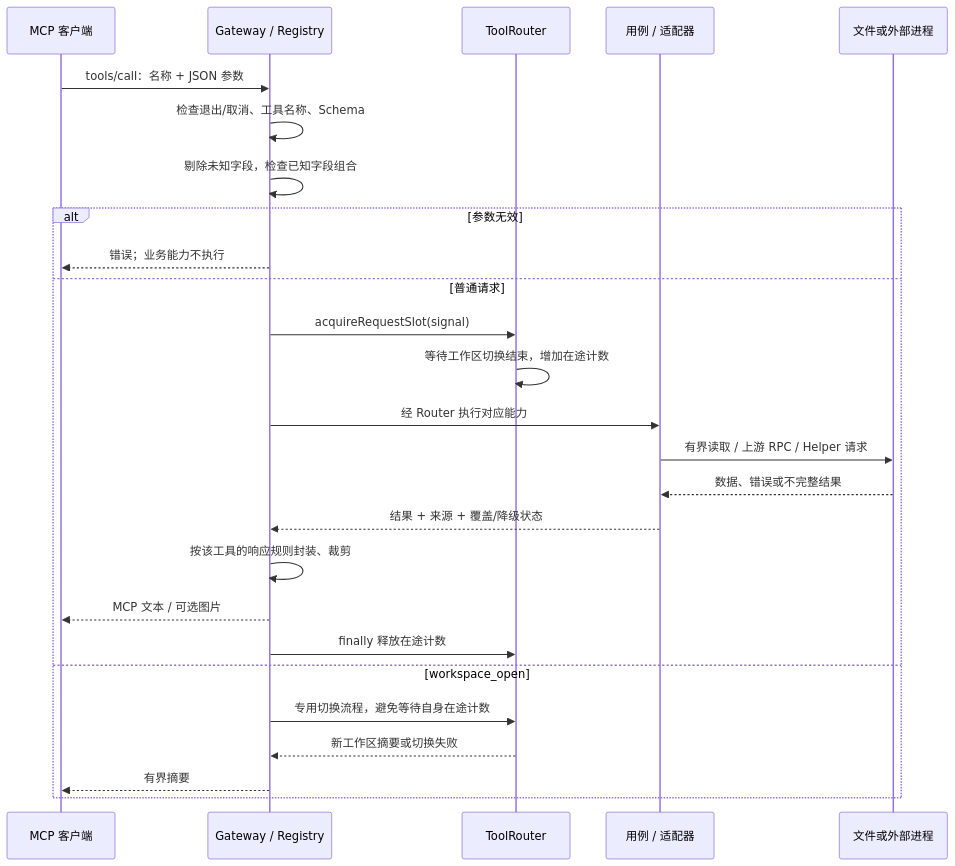
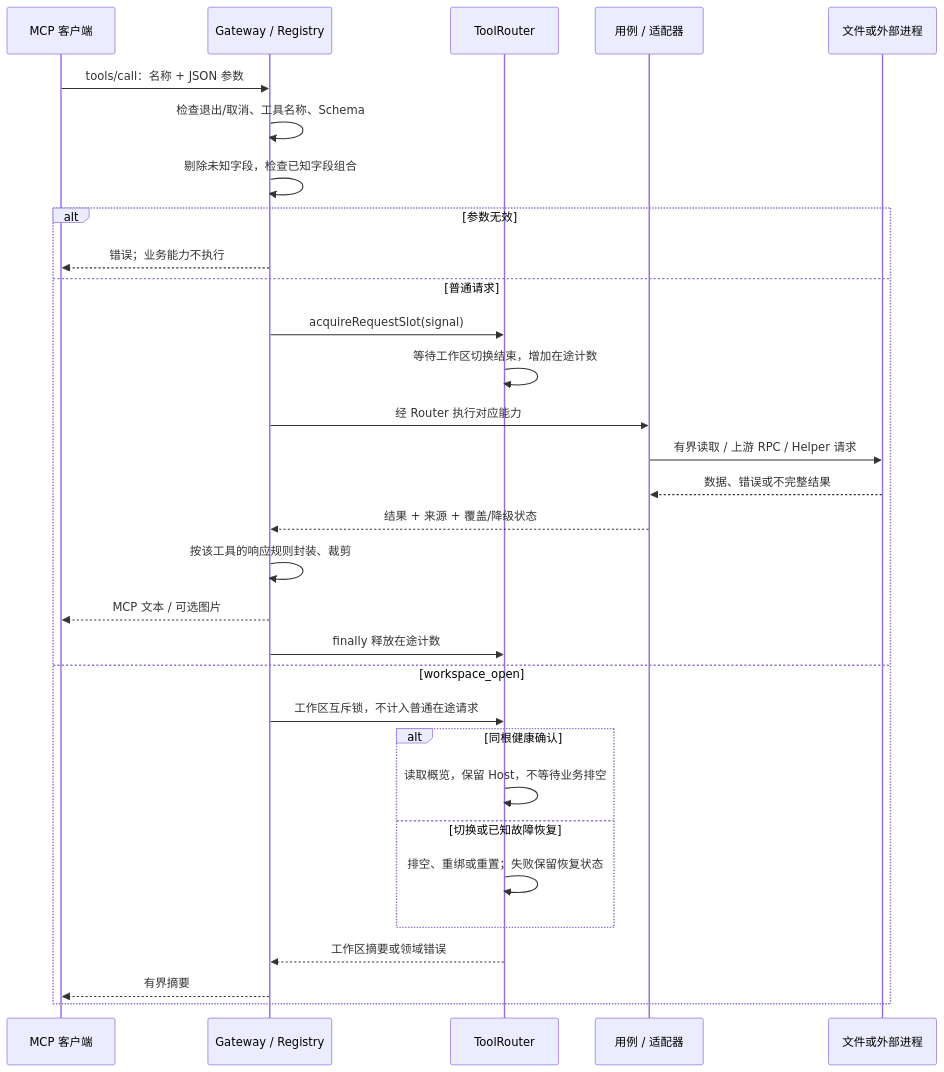
One commit to linnnn89/WinCode changed the second of 5 diagrams in WinCode-架构与数据流说明.md. Above: the diagram before and after it, drawn with Mermaid. The commit also changed other lines of this file and 33 other files, not shown here.

````diff
--- a/WinCode-架构与数据流说明.md
+++ b/WinCode-架构与数据流说明.md
@@ -56,28 +57,33 @@
 ```mermaid
 sequenceDiagram
   participant A as MCP 客户端
   participant G as Gateway / Registry
   participant R as ToolRouter
   participant U as 用例 / 适配器
   participant E as 文件或外部进程
   A->>G: tools/call：名称 + JSON 参数
   G->>G: 检查退出/取消、工具名称、Schema
   G->>G: 剔除未知字段，检查已知字段组合
   alt 参数无效
     G-->>A: 错误；业务能力不执行
   else 普通请求
     G->>R: acquireRequestSlot(signal)
     R->>R: 等待工作区切换结束，增加在途计数
     G->>U: 经 Router 执行对应能力
     U->>E: 有界读取 / 上游 RPC / Helper 请求
     E-->>U: 数据、错误或不完整结果
     U-->>G: 结果 + 来源 + 覆盖/降级状态
     G->>G: 按该工具的响应规则封装、裁剪
     G-->>A: MCP 文本 / 可选图片
     G->>R: finally 释放在途计数
   else workspace_open
-    G->>R: 专用切换流程，避免等待自身在途计数
-    R-->>G: 新工作区摘要或切换失败
+    G->>R: 工作区互斥锁，不计入普通在途请求
+    alt 同根健康确认
+      R->>R: 读取概览，保留 Host，不等待业务排空
+    else 切换或已知故障恢复
+      R->>R: 排空、重绑或重置；失败保留恢复状态
+    end
+    R-->>G: 工作区摘要或领域错误
     G-->>A: 有界摘要
   end
 ```
````
